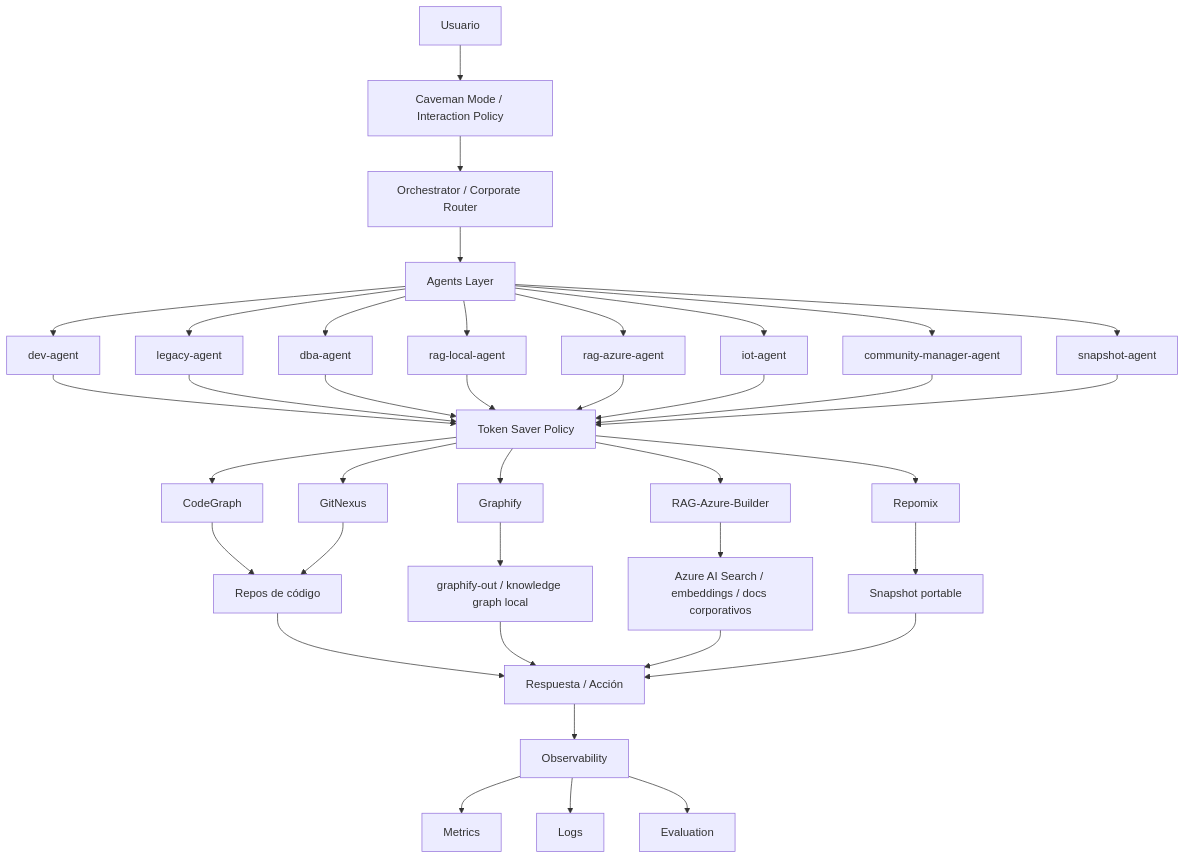
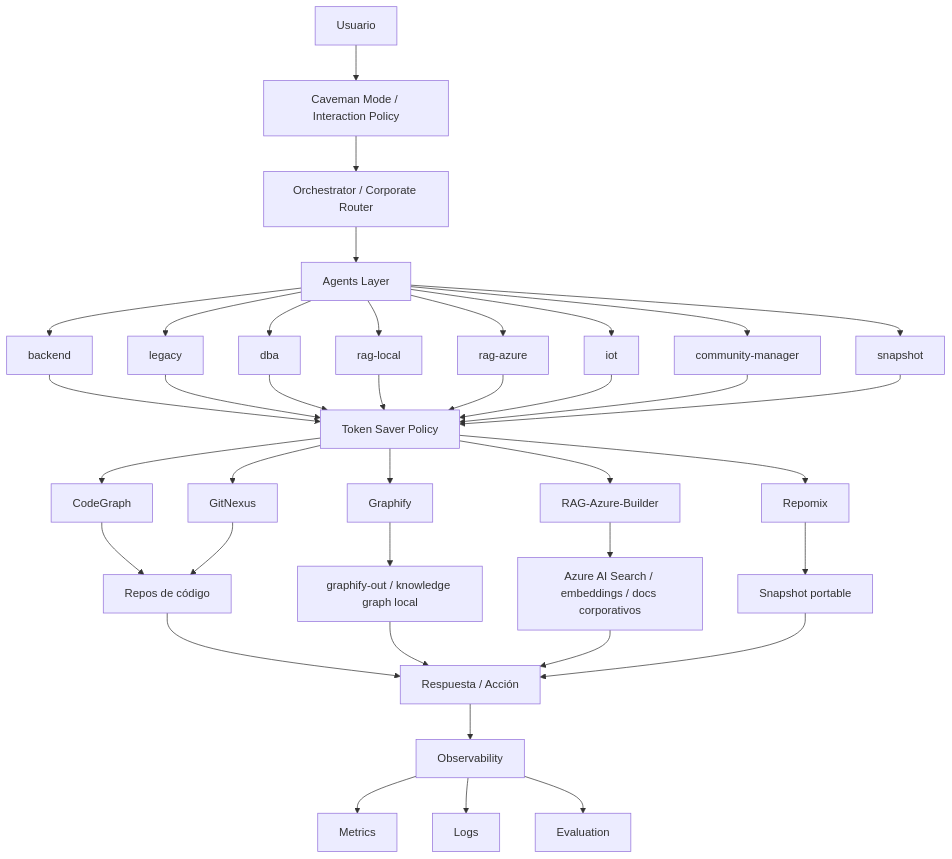
Before and after one commit to Sertxito/mcp-efficiency-engine: the diagram in ARCHITECTURE.md, drawn with Mermaid. The commit also changed 51 other files, not shown here.

````diff
--- a/ARCHITECTURE.md
+++ b/ARCHITECTURE.md
@@ -3,46 +3,46 @@
 ```mermaid
 flowchart TD
     U[Usuario] --> CM[Caveman Mode / Interaction Policy]
     CM --> O[Orchestrator / Corporate Router]
     O --> A[Agents Layer]
 
-    A --> DEV[dev-agent]
-    A --> LEG[legacy-agent]
-    A --> DBA[dba-agent]
-    A --> RAG[rag-local-agent]
-    A --> AZ[rag-azure-agent]
-    A --> IOT[iot-agent]
-    A --> COM[community-manager-agent]
-    A --> SNAP[snapshot-agent]
+    A --> DEV[backend]
+    A --> LEG[legacy]
+    A --> DBA[dba]
+    A --> RAG[rag-local]
+    A --> AZ[rag-azure]
+    A --> IOT[iot]
+    A --> COM[community-manager]
+    A --> SNAP[snapshot]
 
     DEV --> TS[Token Saver Policy]
     LEG --> TS
     DBA --> TS
     RAG --> TS
     AZ --> TS
     IOT --> TS
     COM --> TS
     SNAP --> TS
 
     TS --> CG[CodeGraph]
     TS --> GN[GitNexus]
     TS --> GF[Graphify]
     TS --> AZRAG[RAG-Azure-Builder]
     TS --> RPM[Repomix]
 
     CG --> CODE[Repos de código]
     GN --> CODE
     GF --> KG[graphify-out / knowledge graph local]
     AZRAG --> AIS[Azure AI Search / embeddings / docs corporativos]
     RPM --> SNAPOUT[Snapshot portable]
 
     CODE --> RESP[Respuesta / Acción]
     KG --> RESP
     AIS --> RESP
     SNAPOUT --> RESP
 
     RESP --> OBS[Observability]
     OBS --> MET[Metrics]
     OBS --> LOGS[Logs]
     OBS --> EVAL[Evaluation]
 ```
````
